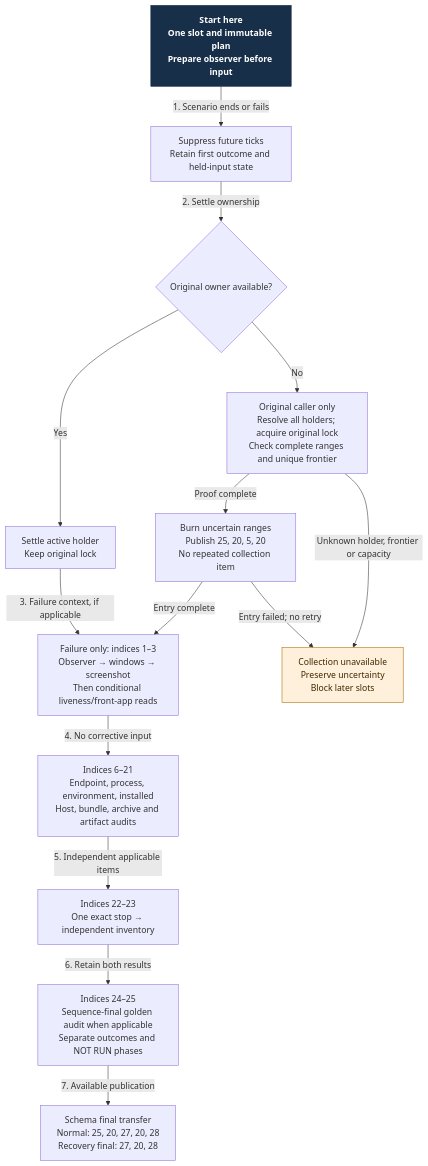
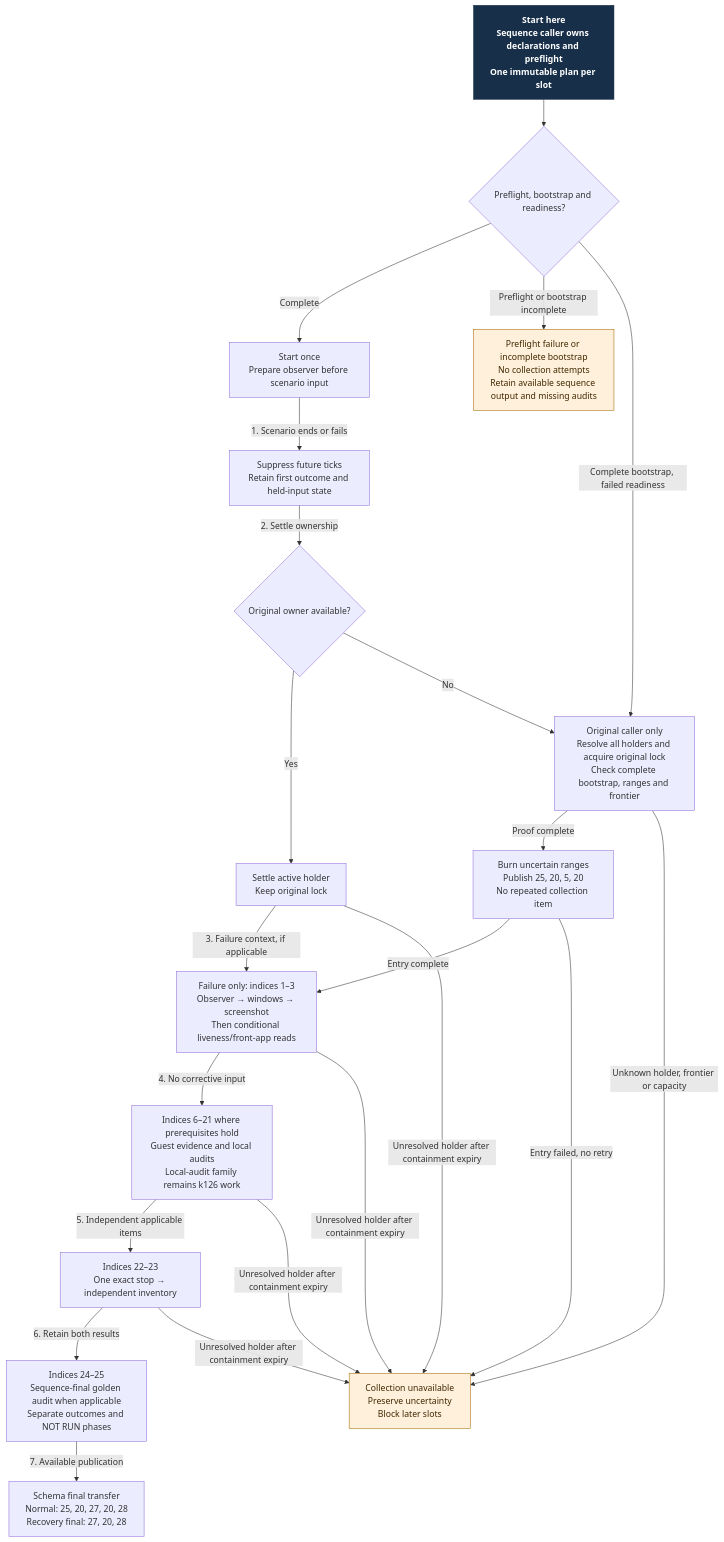
The diagram in docs/design/architecture/settings-activation/keepalive-caller.mmd (Linkuistics/Koine), drawn with Mermaid before and after one commit. The commit also changed 12 other files, not shown here.

```diff
--- a/docs/design/architecture/settings-activation/keepalive-caller.mmd
+++ b/docs/design/architecture/settings-activation/keepalive-caller.mmd
@@ -1,28 +1,39 @@
 flowchart TD
-  start["Start here<br/>One slot and immutable plan<br/>Prepare observer before input"]:::start
+  start["Start here<br/>Sequence caller owns declarations and preflight<br/>One immutable plan per slot"]:::start
+  setup{"Preflight, bootstrap and readiness?"}
+  ready["Start once<br/>Prepare observer before scenario input"]
+  nostart["Preflight failure or incomplete bootstrap<br/>No collection attempts<br/>Retain available sequence output and missing audits"]:::held
   endrun["Suppress future ticks<br/>Retain first outcome and held-input state"]
   owner{"Original owner available?"}
   live["Settle active holder<br/>Keep original lock"]
-  recover["Original caller only<br/>Resolve all holders; acquire original lock<br/>Check complete ranges and unique frontier"]
+  recover["Original caller only<br/>Resolve all holders and acquire original lock<br/>Check complete bootstrap, ranges and frontier"]
   entry["Burn uncertain ranges<br/>Publish 25, 20, 5, 20<br/>No repeated collection item"]
   prefix["Failure only: indices 1–3<br/>Observer → windows → screenshot<br/>Then conditional liveness/front-app reads"]
-  audits["Indices 6–21<br/>Endpoint, process, environment, installed<br/>Host, bundle, archive and artifact audits"]
+  audits["Indices 6–21 where prerequisites hold<br/>Guest evidence and local audits<br/>Local-audit family remains k126 work"]
   contain["Indices 22–23<br/>One exact stop → independent inventory"]
   final["Indices 24–25<br/>Sequence-final golden audit when applicable<br/>Separate outcomes and NOT RUN phases"]
   tail["Schema final transfer<br/>Normal: 25, 20, 27, 20, 28<br/>Recovery final: 27, 20, 28"]
   unavailable["Collection unavailable<br/>Preserve uncertainty<br/>Block later slots"]:::held
-  start -->|"1. Scenario ends or fails"| endrun
+  start --> setup
+  setup -->|"Complete"| ready
+  setup -->|"Preflight or bootstrap incomplete"| nostart
+  setup -->|"Complete bootstrap, failed readiness"| recover
+  ready -->|"1. Scenario ends or fails"| endrun
   endrun -->|"2. Settle ownership"| owner
   owner -->|"Yes"| live
   owner -->|"No"| recover
   recover -->|"Proof complete"| entry
   recover -->|"Unknown holder, frontier or capacity"| unavailable
   entry -->|"Entry complete"| prefix
-  entry -->|"Entry failed; no retry"| unavailable
+  entry -->|"Entry failed, no retry"| unavailable
   live -->|"3. Failure context, if applicable"| prefix
   prefix -->|"4. No corrective input"| audits
   audits -->|"5. Independent applicable items"| contain
   contain -->|"6. Retain both results"| final
   final -->|"7. Available publication"| tail
+  live -->|"Unresolved holder after containment expiry"| unavailable
+  prefix -->|"Unresolved holder after containment expiry"| unavailable
+  audits -->|"Unresolved holder after containment expiry"| unavailable
+  contain -->|"Unresolved holder after containment expiry"| unavailable
   classDef start fill:#172f49,color:#fff,stroke:#172f49,font-weight:bold
   classDef held fill:#fff0db,color:#402800,stroke:#a76b00
```
